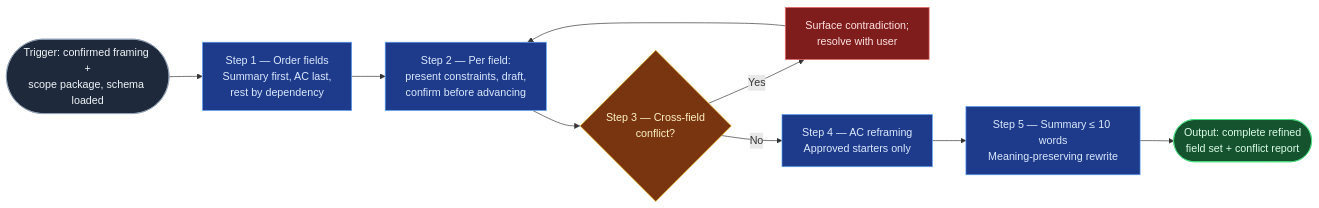
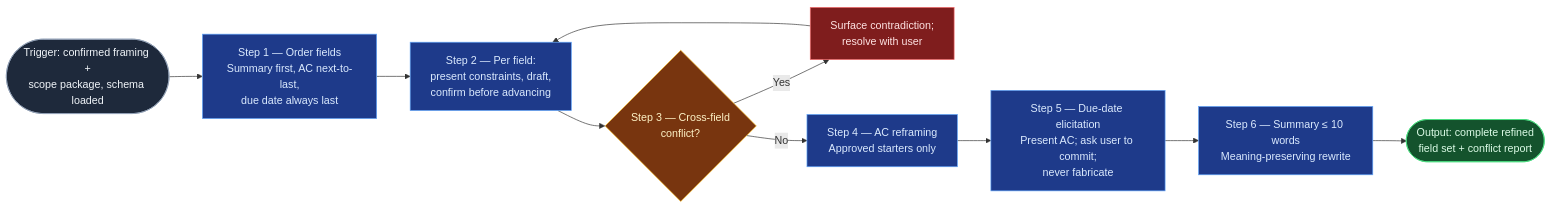
Before and after one commit to RafySauce/flow-lab: the diagram in produced-skills/field-refinement-cadence/SKILL.md, drawn with Mermaid. The commit also changed other lines of this file and 12 other files, not shown here.

````diff
--- a/produced-skills/field-refinement-cadence/SKILL.md
+++ b/produced-skills/field-refinement-cadence/SKILL.md
@@ -37,17 +38,18 @@
 ```mermaid
 flowchart LR
-    Start(["Trigger: confirmed framing +<br/>scope package, schema loaded"]):::start --> O["Step 1 — Order fields<br/>Summary first, AC last,<br/>rest by dependency"]:::process
+    Start(["Trigger: confirmed framing +<br/>scope package, schema loaded"]):::start --> O["Step 1 — Order fields<br/>Summary first, AC next-to-last,<br/>due date always last"]:::process
     O --> F["Step 2 — Per field:<br/>present constraints, draft,<br/>confirm before advancing"]:::process
     F --> X{"Step 3 — Cross-field<br/>conflict?"}:::decision
     X -->|Yes| R["Surface contradiction;<br/>resolve with user"]:::halt
     R --> F
     X -->|No| A1["Step 4 — AC reframing<br/>Approved starters only"]:::process
-    A1 --> A2["Step 5 — Summary ≤ 10 words<br/>Meaning-preserving rewrite"]:::process
+    A1 --> DD["Step 5 — Due-date elicitation<br/>Present AC; ask user to commit;<br/>never fabricate"]:::process
+    DD --> A2["Step 6 — Summary ≤ 10 words<br/>Meaning-preserving rewrite"]:::process
     A2 --> Output(["Output: complete refined<br/>field set + conflict report"]):::output
 
     classDef start fill:#1e293b,stroke:#94a3b8,color:#f1f5f9
     classDef process fill:#1e3a8a,stroke:#60a5fa,color:#dbeafe
     classDef decision fill:#78350f,stroke:#fbbf24,color:#fef3c7
     classDef output fill:#14532d,stroke:#4ade80,color:#dcfce7
     classDef halt fill:#7f1d1d,stroke:#f87171,color:#fee2e2
 ```
````
